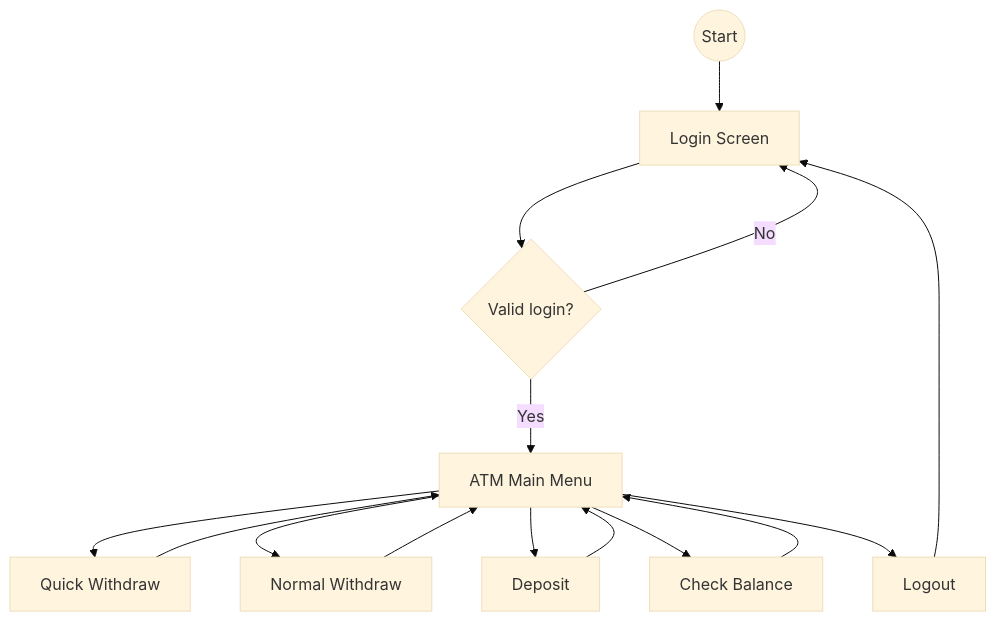
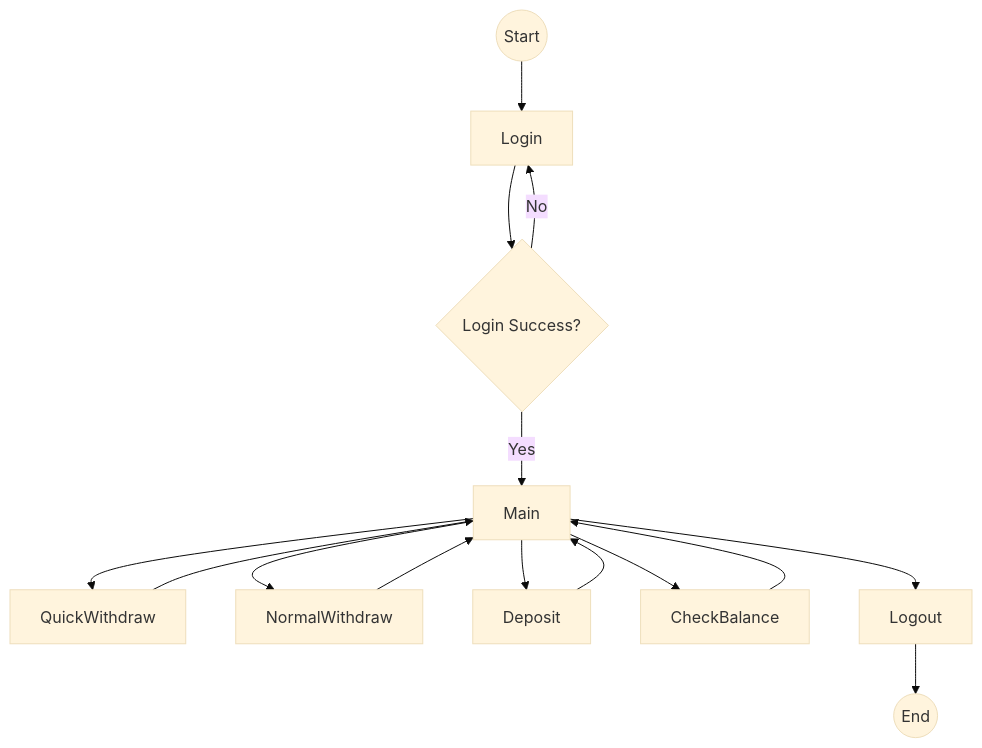
One commit to youness-chregui-amin/E-ATMSystem changed the second of 3 diagrams in README.md. Above: the diagram before and after it, drawn with Mermaid (base theme). The commit also changed other lines of this file, not shown here.

````diff
--- a/README.md
+++ b/README.md
@@ -295,21 +223,25 @@
 ```mermaid
 flowchart TD
-    Start((Start)) --> Login["Login Screen"]
 
-    Login --> Check{"Valid login?"}
+Start((Start))
 
-    Check -- "No" --> Login
-    Check -- "Yes" --> Main["ATM Main Menu"]
+Start --> Login
 
-    Main --> Q["Quick Withdraw"]
-    Main --> N["Normal Withdraw"]
-    Main --> D["Deposit"]
-    Main --> B["Check Balance"]
-    Main --> L["Logout"]
+Login --> Check{"Login Success?"}
 
-    Q --> Main
-    N --> Main
-    D --> Main
-    B --> Main
-    L --> Login
+Check -- No --> Login
+Check -- Yes --> Main
+
+Main --> QuickWithdraw
+Main --> NormalWithdraw
+Main --> Deposit
+Main --> CheckBalance
+Main --> Logout
+
+QuickWithdraw --> Main
+NormalWithdraw --> Main
+Deposit --> Main
+CheckBalance --> Main
+
+Logout --> End((End))
 ```
````
